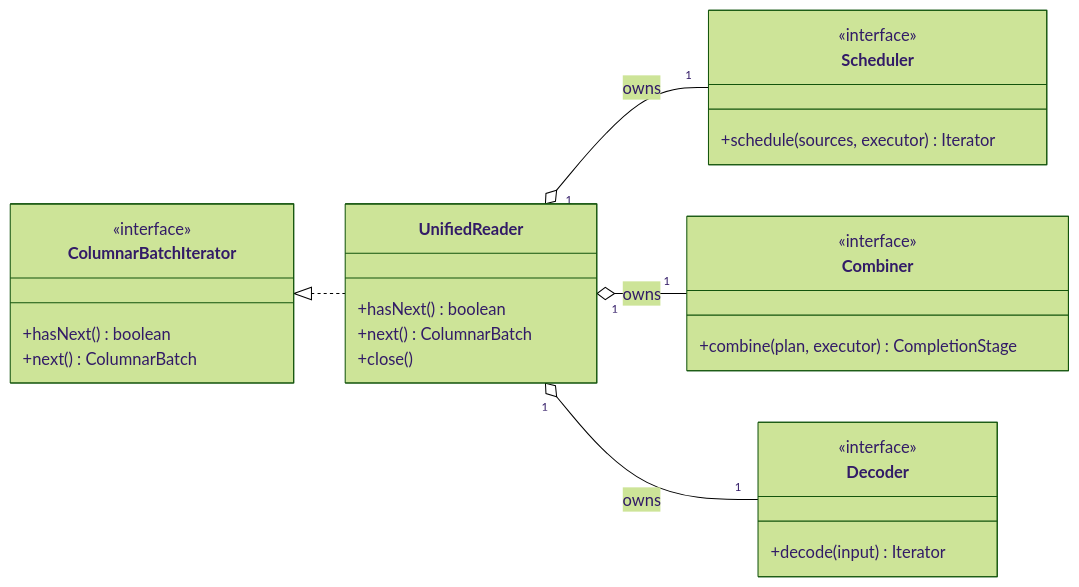
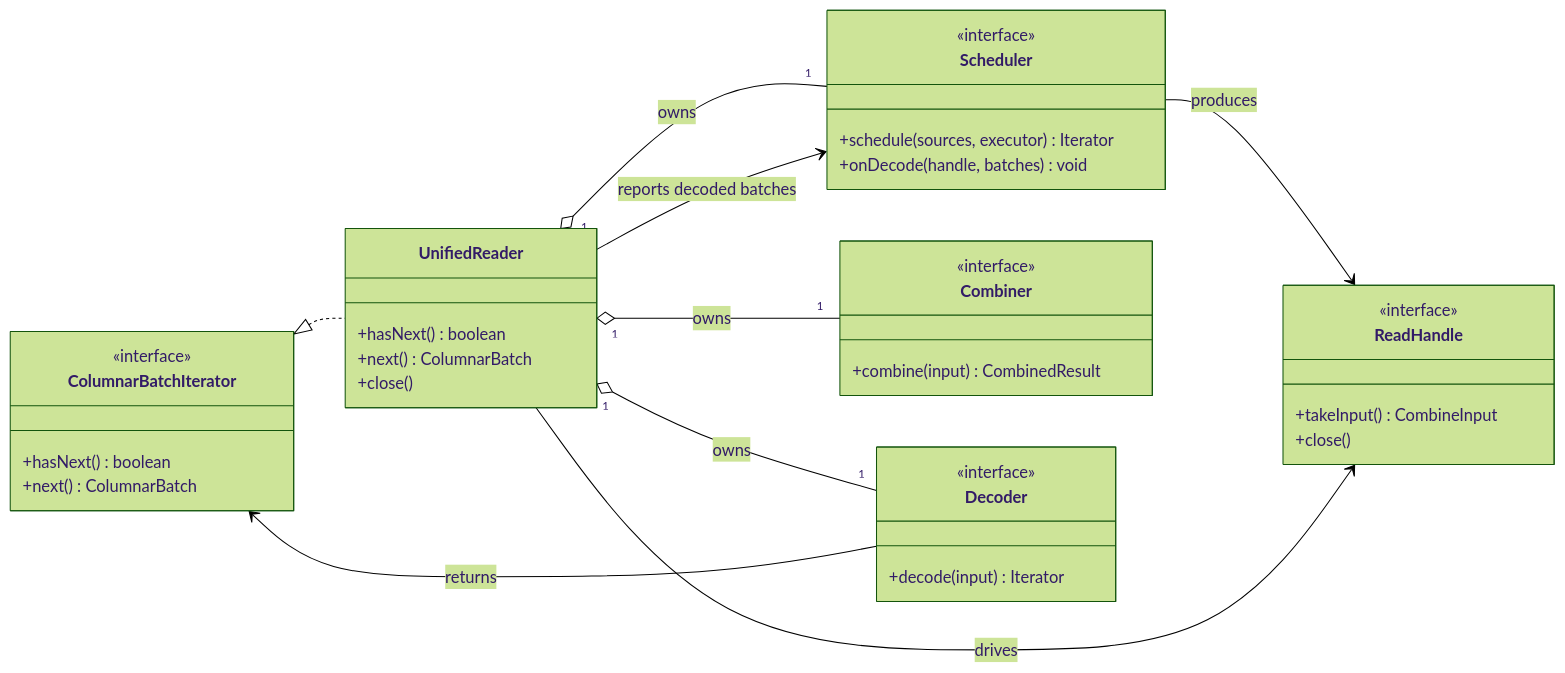
The first of 8 diagrams in docs/rfc/rapids_table_scan_v2/design.md (NVIDIA/cudf-spark), drawn with Mermaid (forest theme) before and after one commit. The commit also changed other lines of this file, not shown here.

Commit message:
docs: refine unified reader RFC design

````diff
--- a/docs/rfc/rapids_table_scan_v2/design.md
+++ b/docs/rfc/rapids_table_scan_v2/design.md
@@ -246,32 +341,42 @@
 ```mermaid
 classDiagram
   direction LR
 
   class ColumnarBatchIterator {
     <<interface>>
     +hasNext() boolean
     +next() ColumnarBatch
   }
   class UnifiedReader {
     +hasNext() boolean
     +next() ColumnarBatch
     +close()
   }
   class Scheduler {
     <<interface>>
     +schedule(sources, executor) Iterator
+    +onDecode(handle, batches) void
+  }
+  class ReadHandle {
+    <<interface>>
+    +takeInput() CombineInput
+    +close()
   }
   class Combiner {
     <<interface>>
-    +combine(plan, executor) CompletionStage
+    +combine(input) CombinedResult
   }
   class Decoder {
     <<interface>>
     +decode(input) Iterator
   }
 
   ColumnarBatchIterator <|.. UnifiedReader
   UnifiedReader "1" o-- "1" Scheduler : owns
   UnifiedReader "1" o-- "1" Combiner : owns
   UnifiedReader "1" o-- "1" Decoder : owns
+  Scheduler --> ReadHandle : produces
+  UnifiedReader --> ReadHandle : drives
+  Decoder --> ColumnarBatchIterator : returns
+  UnifiedReader --> Scheduler : reports decoded batches
 ```
````
